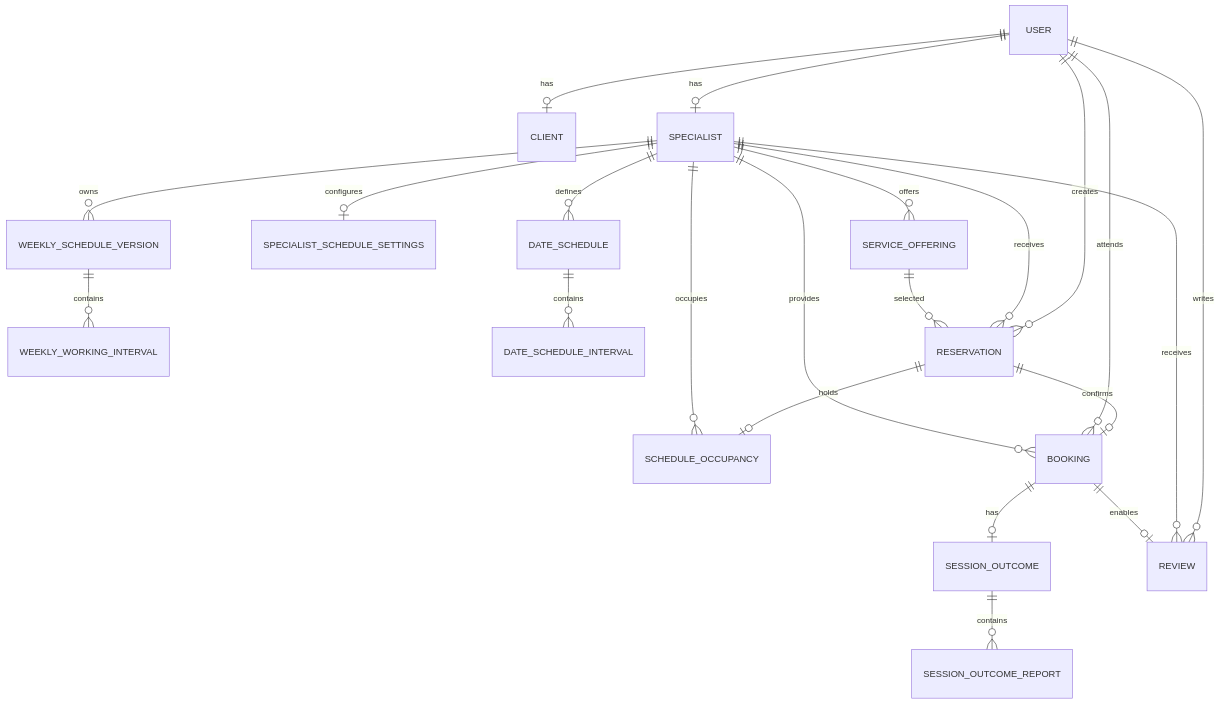
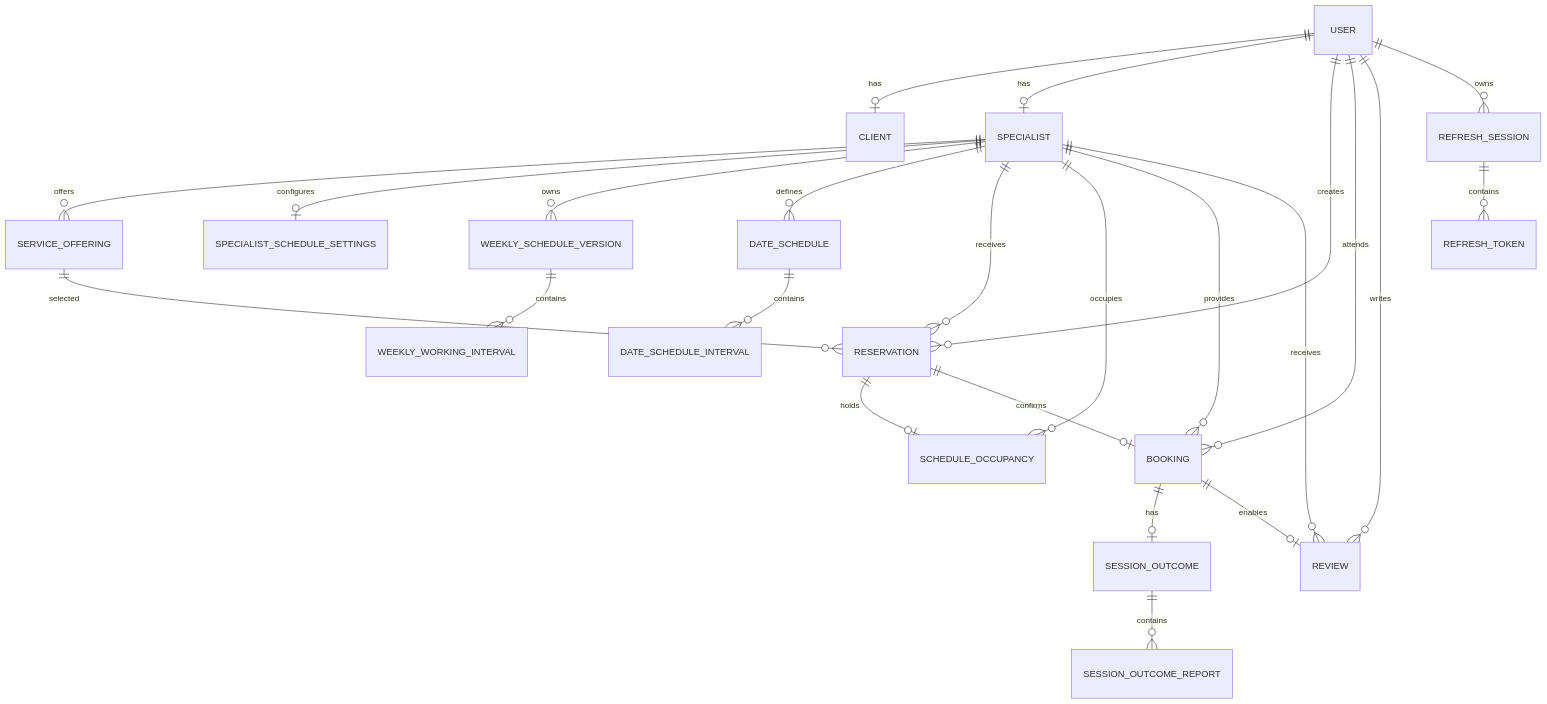
One commit to segfaulttt/psyweb_docs changed the first of 14 diagrams in psy-web/03. Database/03. ER Diagram (Mermaid).md. Above: the diagram before and after it, drawn with Mermaid. The commit also changed other lines of this file, not shown here.

Commit message:
docs(database): update ER diagrams for refresh token model

````diff
--- a/psy-web/03. Database/03. ER Diagram (Mermaid).md
+++ b/psy-web/03. Database/03. ER Diagram (Mermaid).md
@@ -71,33 +72,36 @@
 ```mermaid
 erDiagram
     USER ||--o| CLIENT : has
     USER ||--o| SPECIALIST : has
 
     SPECIALIST ||--o{ SERVICE_OFFERING : offers
     SPECIALIST ||--o| SPECIALIST_SCHEDULE_SETTINGS : configures
 
     SPECIALIST ||--o{ WEEKLY_SCHEDULE_VERSION : owns
     WEEKLY_SCHEDULE_VERSION ||--o{ WEEKLY_WORKING_INTERVAL : contains
 
     SPECIALIST ||--o{ DATE_SCHEDULE : defines
     DATE_SCHEDULE ||--o{ DATE_SCHEDULE_INTERVAL : contains
 
     USER ||--o{ RESERVATION : creates
     SPECIALIST ||--o{ RESERVATION : receives
     SERVICE_OFFERING ||--o{ RESERVATION : selected
 
     RESERVATION ||--o| SCHEDULE_OCCUPANCY : holds
     RESERVATION ||--o| BOOKING : confirms
 
     SPECIALIST ||--o{ SCHEDULE_OCCUPANCY : occupies
 
     USER ||--o{ BOOKING : attends
     SPECIALIST ||--o{ BOOKING : provides
 
     BOOKING ||--o| SESSION_OUTCOME : has
     SESSION_OUTCOME ||--o{ SESSION_OUTCOME_REPORT : contains
 
     USER ||--o{ REVIEW : writes
     SPECIALIST ||--o{ REVIEW : receives
     BOOKING ||--o| REVIEW : enables
+
+    USER ||--o{ REFRESH_SESSION : owns
+    REFRESH_SESSION ||--o{ REFRESH_TOKEN : contains
 ```
````
